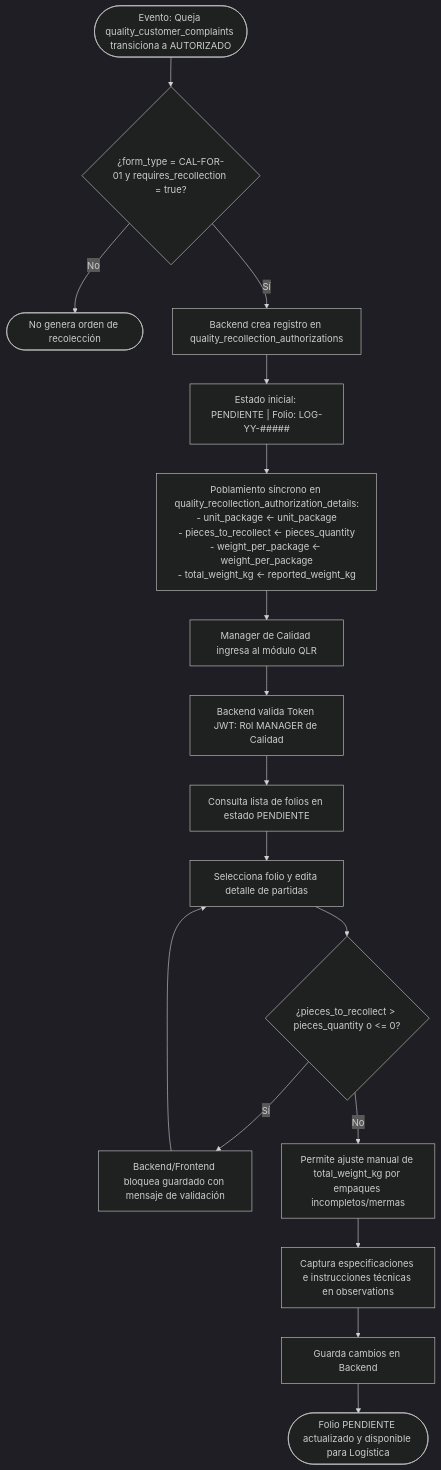
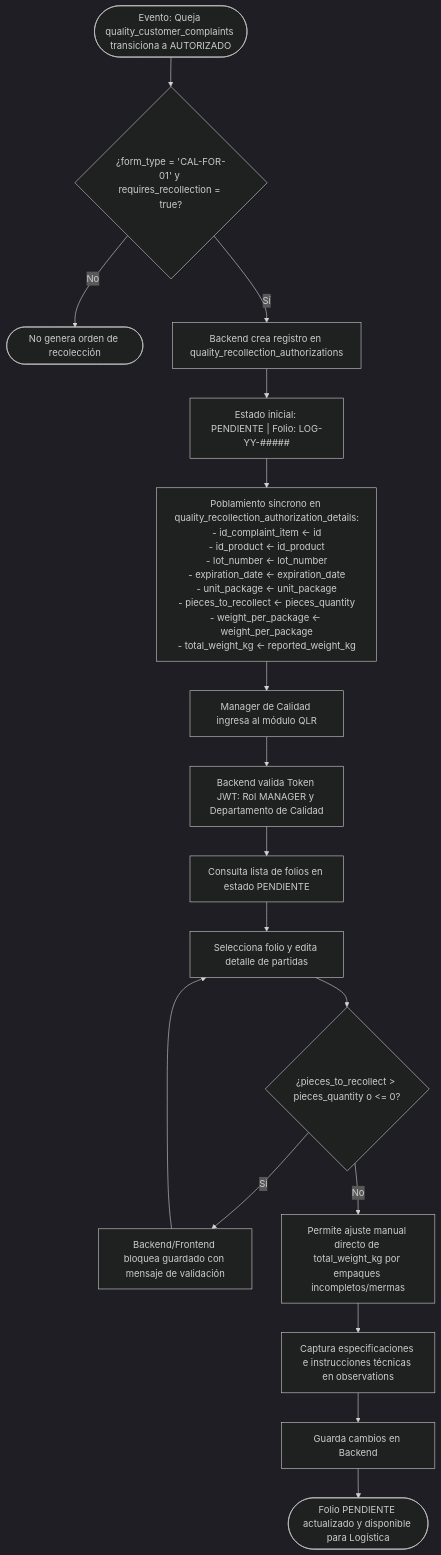
Before and after one commit to Automatizacion-KPC/KoonolApp: the second of 4 diagrams in docs/modules/product_recollection.md, drawn with Mermaid (dark theme). The commit also changed other lines of this file, not shown here.

Commit message:
docs(qlr/docs): actualizar diagramas de flujo respecto a todos los cambios realizados en BR y US [chore]

````diff
--- a/docs/modules/product_recollection.md
+++ b/docs/modules/product_recollection.md
@@ -176,22 +178,22 @@
 ```mermaid
 graph TD
-    A([Evento: Queja quality_customer_complaints transiciona a AUTORIZADO]) --> B{¿form_type = CAL-FOR-01 y requires_recollection = true?}
+    A([Evento: Queja quality_customer_complaints transiciona a AUTORIZADO]) --> B{¿form_type = 'CAL-FOR-01' y requires_recollection = true?}
     B -- No --> C([No genera orden de recolección])
     B -- Sí --> D[Backend crea registro en quality_recollection_authorizations]
     D --> E["Estado inicial: PENDIENTE | Folio: LOG-YY-#####"]
-    E --> F["Poblamiento síncrono en quality_recollection_authorization_details:<br/>- unit_package <- unit_package<br/>- pieces_to_recollect <- pieces_quantity<br/>- weight_per_package <- weight_per_package<br/>- total_weight_kg <- reported_weight_kg"]
+    E --> F["Poblamiento síncrono en quality_recollection_authorization_details:<br/>- id_complaint_item <- id<br/>- id_product <- id_product<br/>- lot_number <- lot_number<br/>- expiration_date <- expiration_date<br/>- unit_package <- unit_package<br/>- pieces_to_recollect <- pieces_quantity<br/>- weight_per_package <- weight_per_package<br/>- total_weight_kg <- reported_weight_kg"]
 
     F --> G[Manager de Calidad ingresa al módulo QLR]
-    G --> H[Backend valida Token JWT: Rol MANAGER de Calidad]
+    G --> H[Backend valida Token JWT: Rol MANAGER y Departamento de Calidad]
     H --> I[Consulta lista de folios en estado PENDIENTE]
     I --> J[Selecciona folio y edita detalle de partidas]
 
     J --> K{¿pieces_to_recollect > pieces_quantity o <= 0?}
     K -- Sí --> L[Backend/Frontend bloquea guardado con mensaje de validación]
     L --> J
-    K -- No --> M[Permite ajuste manual de total_weight_kg por empaques incompletos/mermas]
+    K -- No --> M[Permite ajuste manual directo de total_weight_kg por empaques incompletos/mermas]
 
     M --> N[Captura especificaciones e instrucciones técnicas en observations]
     N --> O[Guarda cambios en Backend]
     O --> P([Folio PENDIENTE actualizado y disponible para Logística])
 ```
````
